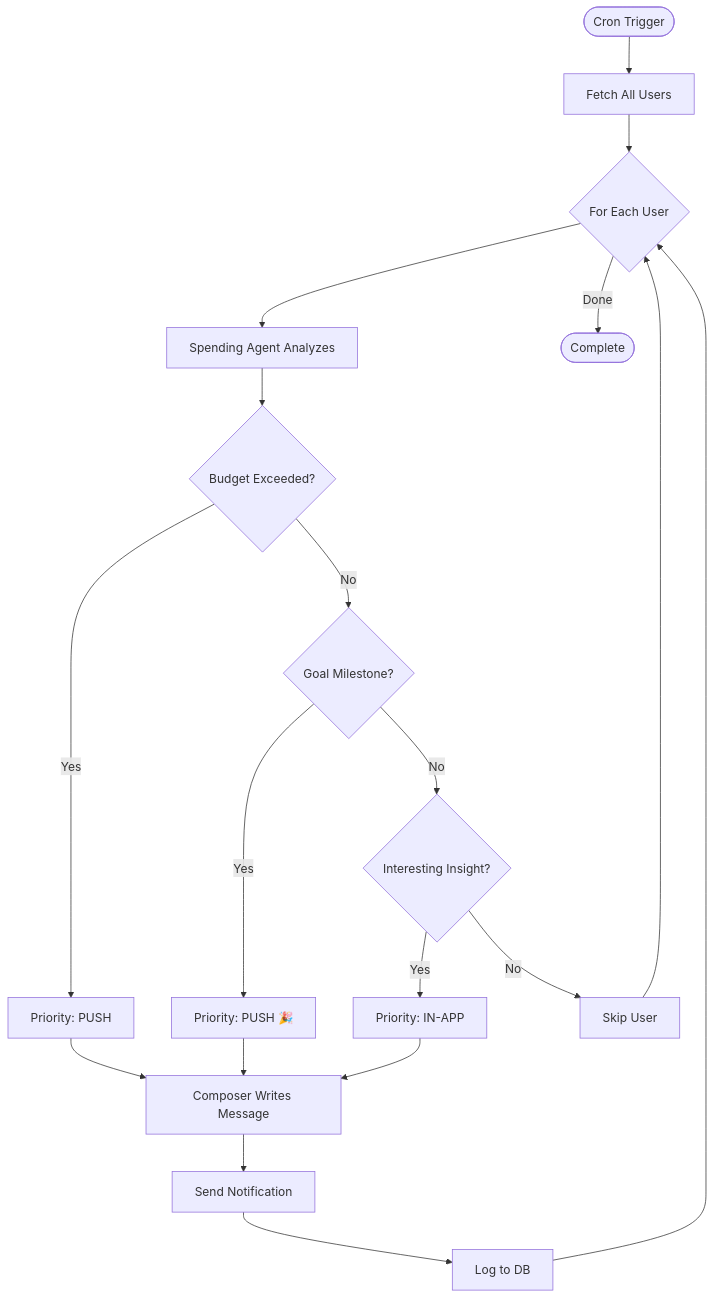
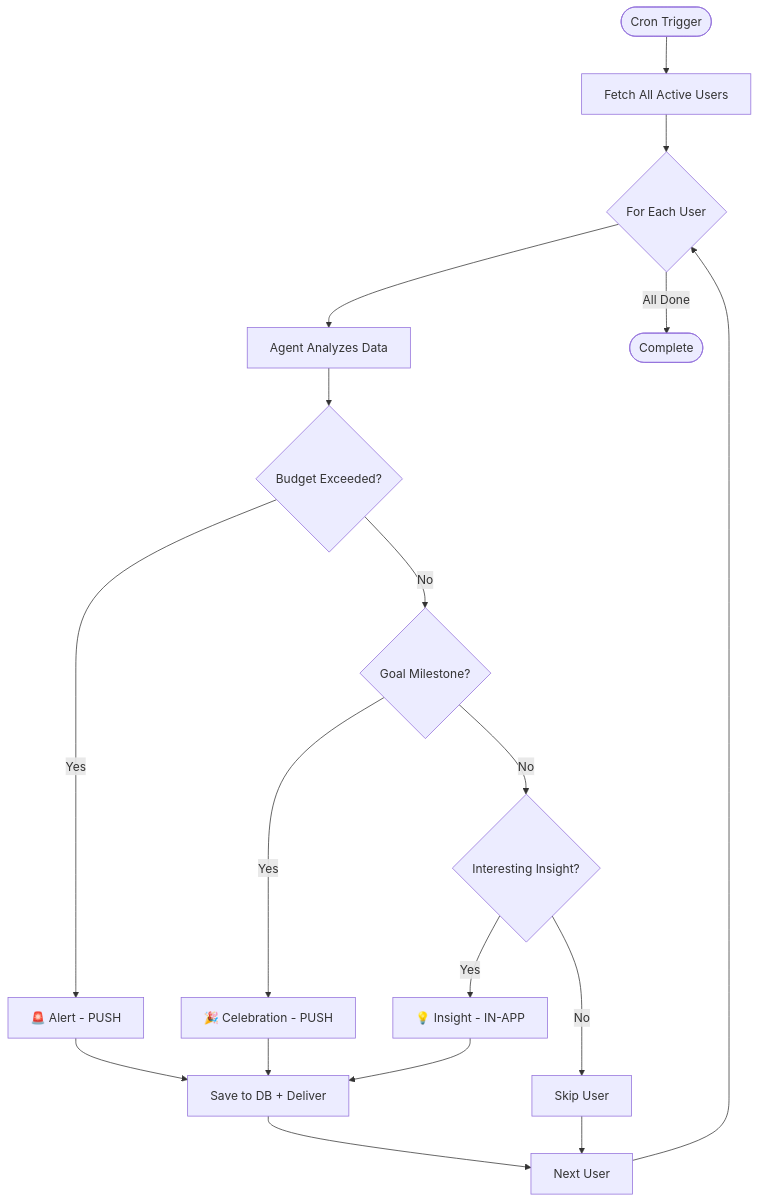
The second of 2 diagrams in detailed-docs/agents.md (cubaseuser123/PocketPal-Revamped), drawn with Mermaid before and after one commit. The commit also changed other lines of this file and 10 other files, not shown here.

Commit message:
Feat - Notification Agent Pipeline Intitiation

````diff
--- a/detailed-docs/agents.md
+++ b/detailed-docs/agents.md
@@ -63,26 +52,24 @@
 ```mermaid
 flowchart TD
-    START([Cron Trigger]) --> FETCH[Fetch All Users]
+    START([Cron Trigger]) --> FETCH[Fetch All Active Users]
     FETCH --> LOOP{For Each User}
     
-    LOOP --> ANALYZE[Spending Agent Analyzes]
+    LOOP --> ANALYZE[Agent Analyzes Data]
     ANALYZE --> CHECK1{Budget Exceeded?}
     
-    CHECK1 -->|Yes| URGENT[Priority: PUSH]
+    CHECK1 -->|Yes| URGENT[🚨 Alert - PUSH]
     CHECK1 -->|No| CHECK2{Goal Milestone?}
     
-    CHECK2 -->|Yes| CELEBRATE[Priority: PUSH 🎉]
+    CHECK2 -->|Yes| CELEBRATE[🎉 Celebration - PUSH]
     CHECK2 -->|No| CHECK3{Interesting Insight?}
     
-    CHECK3 -->|Yes| INSIGHT[Priority: IN-APP]
+    CHECK3 -->|Yes| INSIGHT[💡 Insight - IN-APP]
     CHECK3 -->|No| SKIP[Skip User]
     
-    URGENT & CELEBRATE & INSIGHT --> COMPOSE[Composer Writes Message]
-    COMPOSE --> DELIVER[Send Notification]
-    DELIVER --> LOG[Log to DB]
+    URGENT & CELEBRATE & INSIGHT --> SAVE[Save to DB + Deliver]
+    SKIP --> NEXT[Next User]
+    SAVE --> NEXT
+    NEXT --> LOOP
     
-    SKIP --> LOOP
-    LOG --> LOOP
-    
-    LOOP -->|Done| FINISH([Complete])
+    LOOP -->|All Done| FINISH([Complete])
 ```
````
